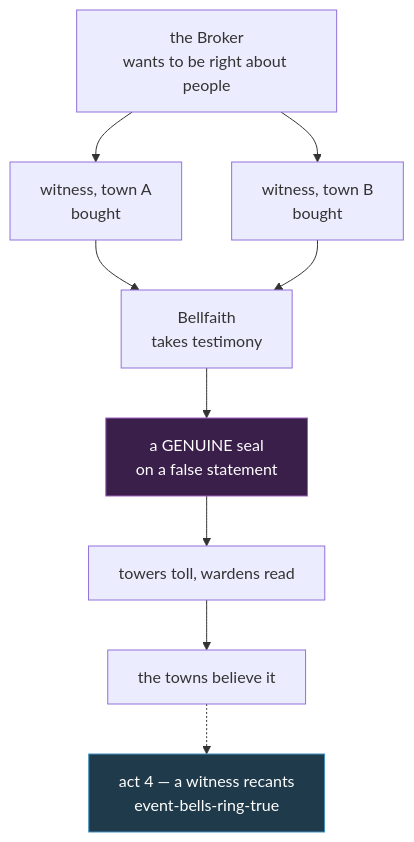
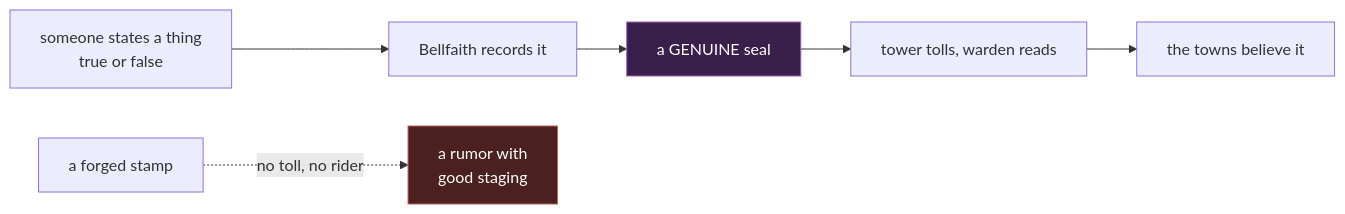
Before and after one commit to montionugera/atlas-world-svc: the diagram in docs/superpowers/specs/2026-08-08-bellfaith-seal-provenance-design.md, drawn with Mermaid. The commit also changed other lines of this file, not shown here.

First line of the commit message:
docs(I-083): cut the two-witness rule; the gate already existed in canon

````diff
--- a/docs/superpowers/specs/2026-08-08-bellfaith-seal-provenance-design.md
+++ b/docs/superpowers/specs/2026-08-08-bellfaith-seal-provenance-design.md
@@ -158,17 +104,10 @@
 ```mermaid
-flowchart TD
-  B["the Broker<br/>wants to be right about people"]
-  W1["witness, town A<br/>bought"]
-  W2["witness, town B<br/>bought"]
-  BF["Bellfaith<br/>takes testimony"]
-  S["a GENUINE seal<br/>on a false statement"]
-  T["towers toll, wardens read"]
-  P["the towns believe it"]
-  R["act 4 — a witness recants<br/>event-bells-ring-true"]
-  B --> W1 --> BF
-  B --> W2 --> BF
-  BF --> S --> T --> P
-  P -.-> R
+flowchart LR
+  X["someone states a thing<br/>true or false"] --> BF["Bellfaith records it"]
+  BF --> S["a GENUINE seal"]
+  S --> T["tower tolls, warden reads"]
+  T --> P["the towns believe it"]
+  F["a forged stamp"] -.->|no toll, no rider| N["a rumor with<br/>good staging"]
   style S fill:#3a1f4a,stroke:#a060c0,color:#fff
-  style R fill:#1f3a4a,stroke:#4090c0,color:#fff
+  style N fill:#4a2020,stroke:#c06060,color:#fff
 ```
````
